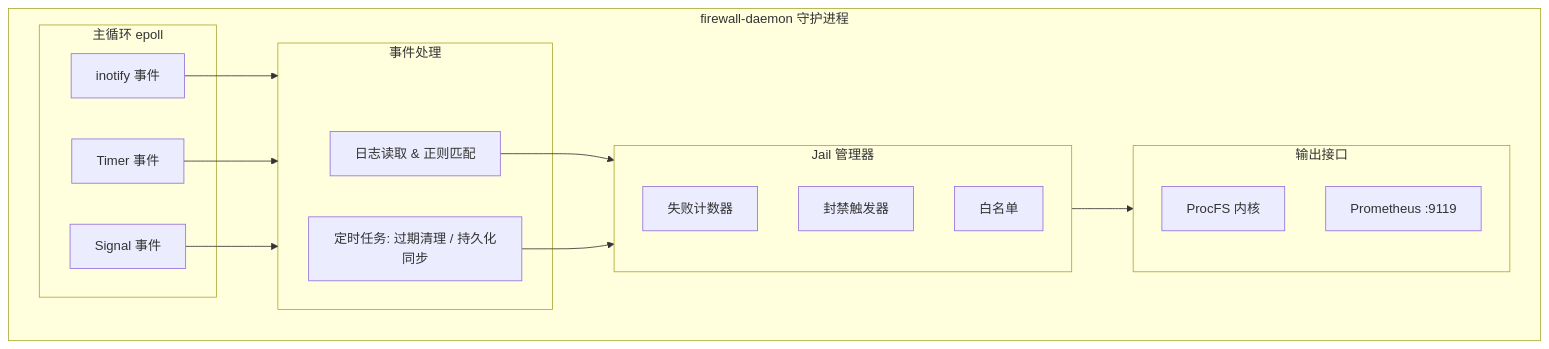
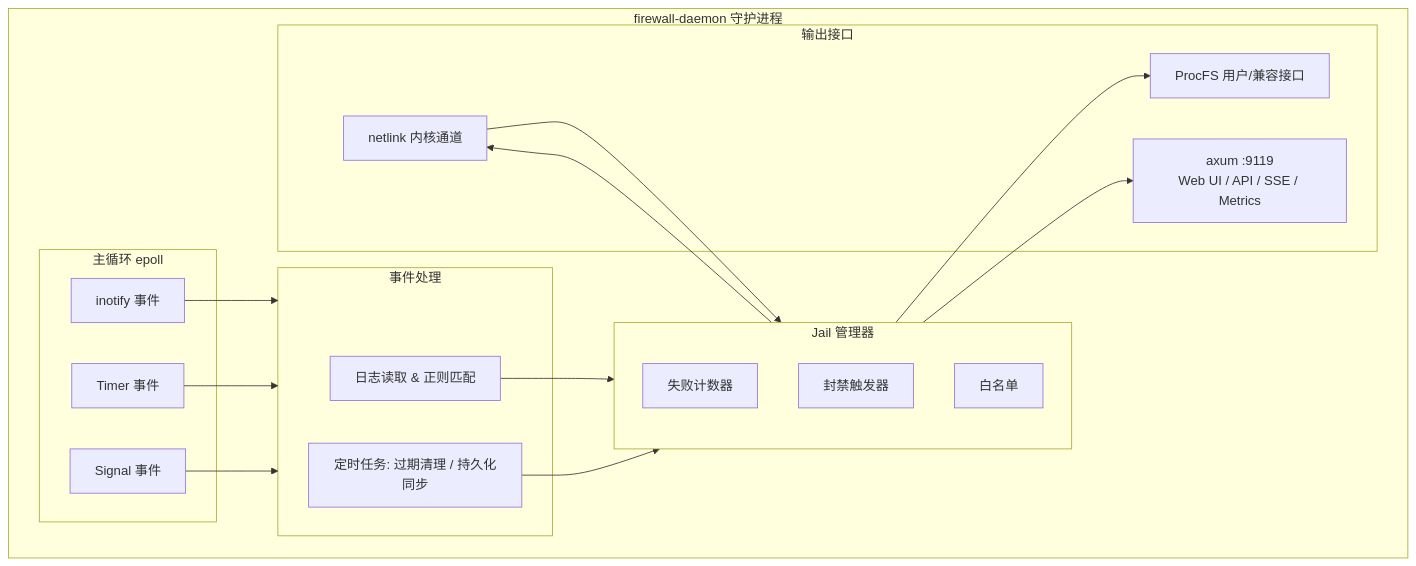
The second of 7 diagrams in docs/zh/architecture/daemon.md (SnowCore8/linux-firewall-kmod), drawn with Mermaid before and after one commit. The commit also changed other lines of this file and 6 other files, not shown here.

First line of the commit message:
docs: align architecture framework (#10)

````diff
--- a/docs/zh/architecture/daemon.md
+++ b/docs/zh/architecture/daemon.md
@@ -94,33 +102,37 @@
 ```mermaid
 graph TB
     subgraph Daemon["firewall-daemon 守护进程"]
         subgraph MainLoop["主循环 epoll"]
             Inotify["inotify 事件"]
             Timer["Timer 事件"]
             Signal["Signal 事件"]
         end
         
         subgraph EventHandler["事件处理"]
             LogParser["日志读取 & 正则匹配"]
             ScheduledTasks["定时任务: 过期清理 / 持久化同步"]
         end
         
         subgraph JailManager["Jail 管理器"]
             FailureCounter["失败计数器"]
             BanTrigger["封禁触发器"]
             Whitelist["白名单"]
         end
         
         subgraph Output["输出接口"]
-            ProcFS["ProcFS 内核"]
-            Prometheus["Prometheus :9119"]
+            Netlink["netlink 内核通道"]
+            ProcFS["ProcFS 用户/兼容接口"]
+            HTTP["axum :9119<br/>Web UI / API / SSE / Metrics"]
         end
         
         Inotify --> EventHandler
         Timer --> EventHandler
         Signal --> EventHandler
         LogParser --> JailManager
         ScheduledTasks --> JailManager
-        JailManager --> Output
+        JailManager --> Netlink
+        Netlink --> JailManager
+        JailManager --> ProcFS
+        JailManager --> HTTP
     end
 ```
````
